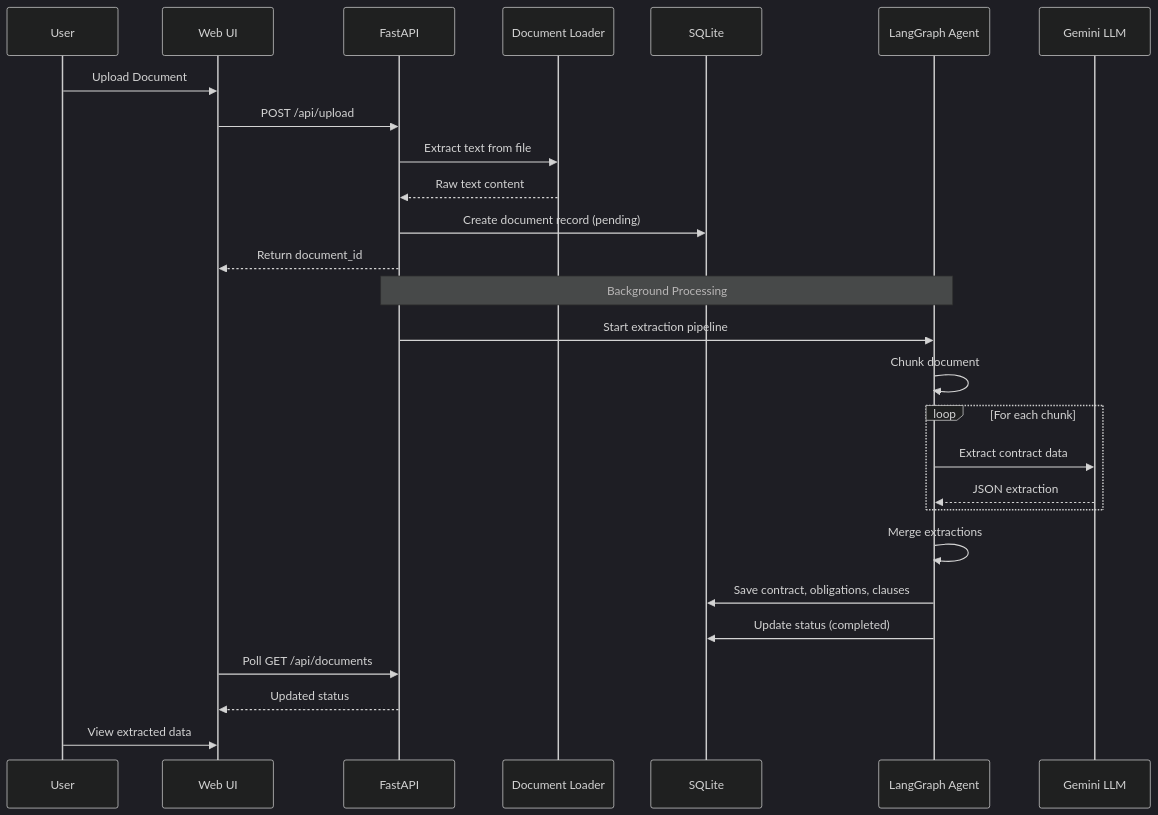
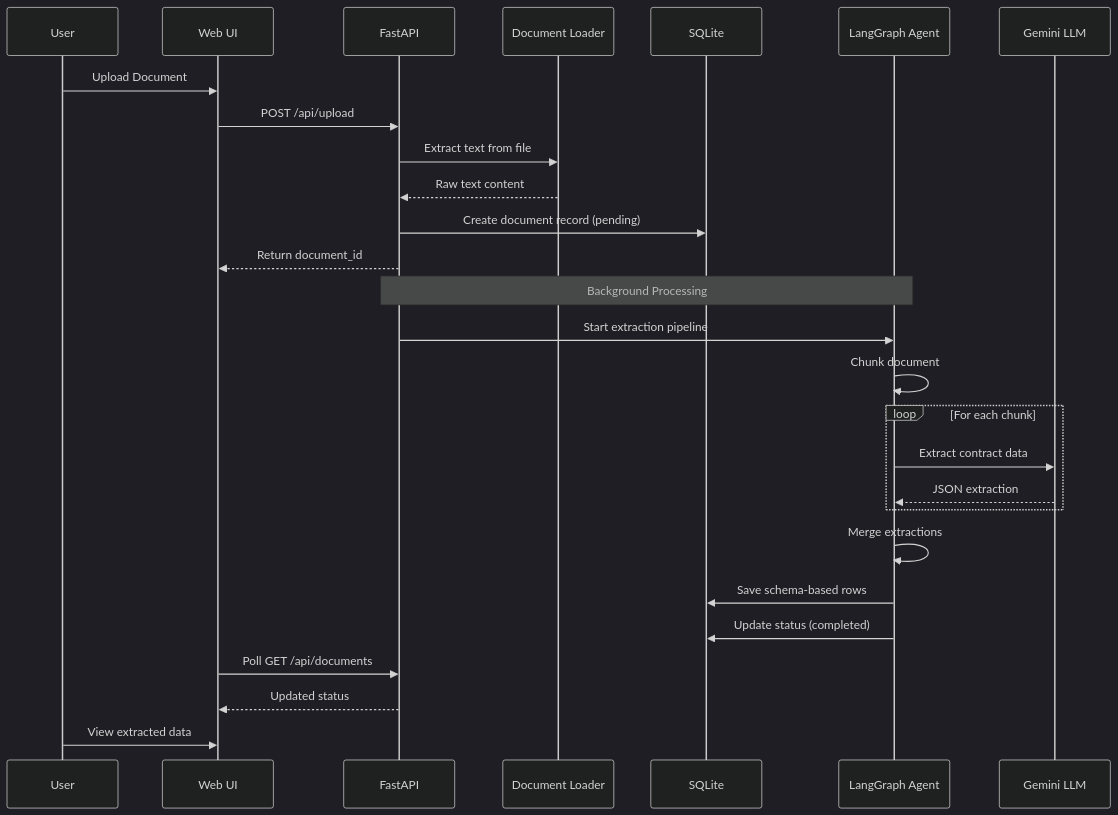
One commit to gustavorubim/document-entity-extractor changed the second of 12 diagrams in README.md. Above: the diagram before and after it, drawn with Mermaid (dark theme). The commit also changed other lines of this file and 4 other files, not shown here.

First line of the commit message:
Add YAML schema support for easier configuration

````diff
--- a/README.md
+++ b/README.md
@@ -235,35 +244,35 @@
 ```mermaid
 sequenceDiagram
     participant User
     participant UI as Web UI
     participant API as FastAPI
     participant Loader as Document Loader
     participant DB as SQLite
     participant Agent as LangGraph Agent
     participant LLM as Gemini LLM
 
     User->>UI: Upload Document
     UI->>API: POST /api/upload
     API->>Loader: Extract text from file
     Loader-->>API: Raw text content
     API->>DB: Create document record (pending)
     API-->>UI: Return document_id
 
     Note over API,Agent: Background Processing
 
     API->>Agent: Start extraction pipeline
     Agent->>Agent: Chunk document
 
     loop For each chunk
         Agent->>LLM: Extract contract data
         LLM-->>Agent: JSON extraction
     end
 
     Agent->>Agent: Merge extractions
-    Agent->>DB: Save contract, obligations, clauses
+    Agent->>DB: Save schema-based rows
     Agent->>DB: Update status (completed)
 
     UI->>API: Poll GET /api/documents
     API-->>UI: Updated status
     User->>UI: View extracted data
 ```
````
